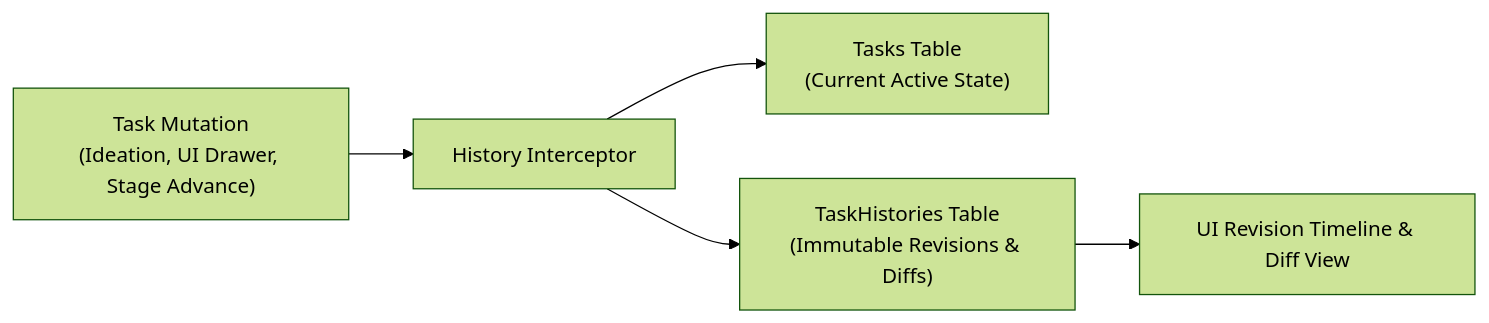
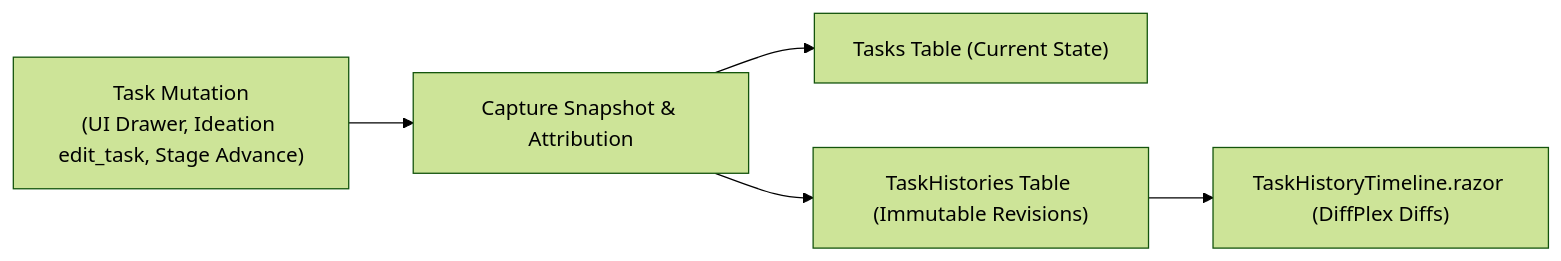
Before and after one commit to jetelain/NightCodeForge: the second of 5 diagrams in docs/plan/11_EXTEND_FEATURES.md, drawn with Mermaid (forest theme). The commit also changed other lines of this file and 8 other files, not shown here.

````diff
--- a/docs/plan/11_EXTEND_FEATURES.md
+++ b/docs/plan/11_EXTEND_FEATURES.md
@@ -142,7 +84,7 @@
 ```mermaid
 flowchart LR
-    Mutation["Task Mutation<br/>(Ideation, UI Drawer, Stage Advance)"] --> Interceptor["History Interceptor"]
-    Interceptor --> Latest["Tasks Table<br/>(Current Active State)"]
-    Interceptor --> History["TaskHistories Table<br/>(Immutable Revisions & Diffs)"]
-    History --> Timeline["UI Revision Timeline & Diff View"]
+    Mutation["Task Mutation<br/>(UI Drawer, Ideation edit_task, Stage Advance)"] --> Capture["Capture Snapshot & Attribution"]
+    Capture --> Latest["Tasks Table (Current State)"]
+    Capture --> History["TaskHistories Table (Immutable Revisions)"]
+    History --> Timeline["TaskHistoryTimeline.razor (DiffPlex Diffs)"]
 ```
````
